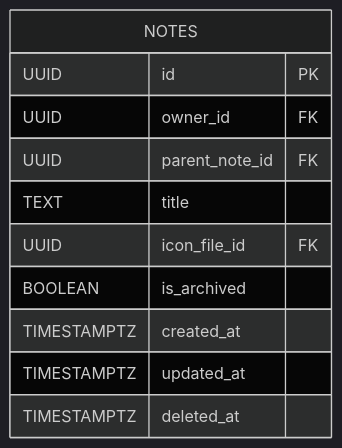
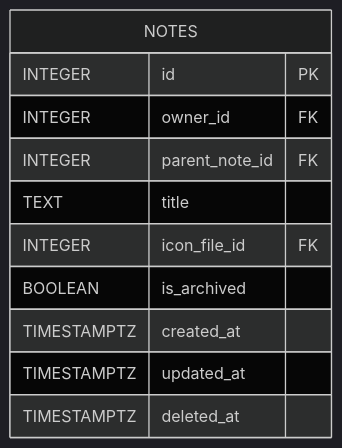
Before and after one commit to go-park-mail-ru/2025_2_FiveCode: the third of 11 diagrams in db/normalized/relations.md, drawn with Mermaid (dark theme). The commit also changed other lines of this file and 2 other files, not shown here.

Commit message:
add trigger, update er and relations

````diff
--- a/db/normalized/relations.md
+++ b/db/normalized/relations.md
@@ -89,14 +89,14 @@
 ```mermaid
 erDiagram
   NOTES {
-    UUID id PK
-    UUID owner_id FK 
-    UUID parent_note_id FK
+    INTEGER id PK
+    INTEGER owner_id FK 
+    INTEGER parent_note_id FK
     TEXT title 
-    UUID icon_file_id FK
+    INTEGER icon_file_id FK
     BOOLEAN is_archived 
     TIMESTAMPTZ created_at
     TIMESTAMPTZ updated_at
     TIMESTAMPTZ deleted_at
   }
 ```
````
